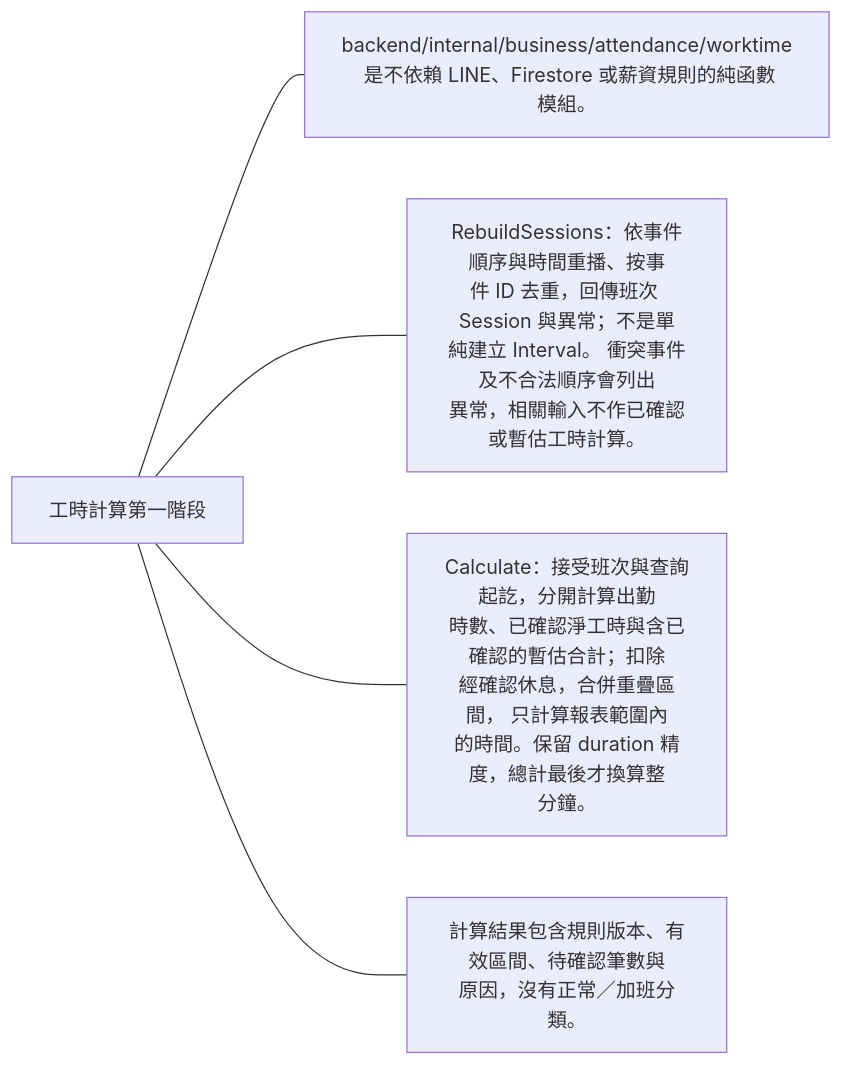
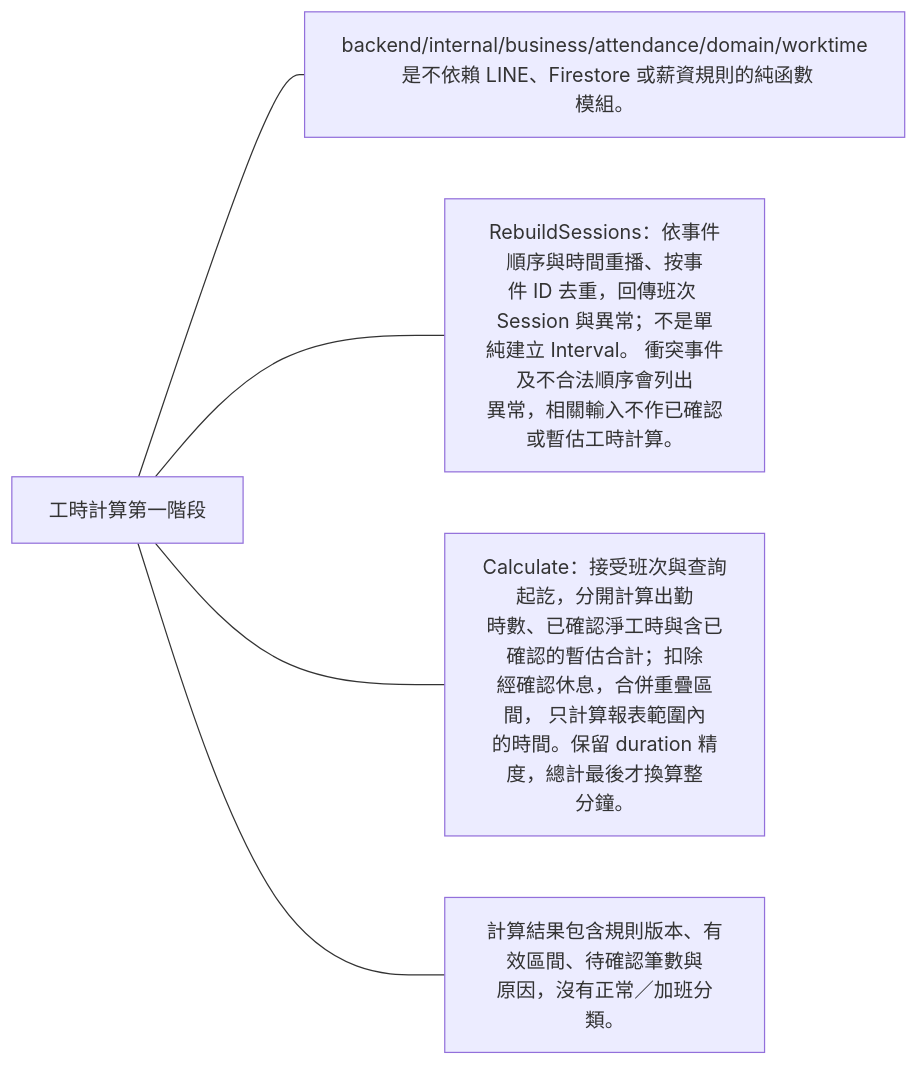
One commit to 963sup/line-mini-app-bot changed the first of 15 diagrams in docs/domains/attendance/worktime.md. Above: the diagram before and after it, drawn with Mermaid. The commit also changed 24 other files, not shown here.

First line of the commit message:
refactor(attendance): define the worktime domain boundary (#50)

````diff
--- a/docs/domains/attendance/worktime.md
+++ b/docs/domains/attendance/worktime.md
@@ -5,8 +5,8 @@
 ```mermaid
 flowchart LR
   h["工時計算第一階段"]
-  h --- n0["backend/internal/business/attendance/worktime<br/> 是不依賴 LINE、Firestore 或薪資規則的純函數<br/>模組。"]
+  h --- n0["backend/internal/business/attendance/domain/worktime<br/> 是不依賴 LINE、Firestore 或薪資規則的純函數<br/>模組。"]
   h --- n1["RebuildSessions：依事件順序與時間重播、按事<br/>件 ID 去重，回傳班次 Session 與異常；不是單<br/>純建立 Interval。 衝突事件及不合法順序會列出<br/>異常，相關輸入不作已確認或暫估工時計算。"]
   h --- n2["Calculate：接受班次與查詢起訖，分開計算出勤<br/>時數、已確認淨工時與含已確認的暫估合計；扣除<br/>經確認休息，合併重疊區間， 只計算報表範圍內<br/>的時間。保留 duration 精度，總計最後才換算整<br/>分鐘。"]
   h --- n3["計算結果包含規則版本、有效區間、待確認筆數與<br/>原因，沒有正常／加班分類。"]
 ```
````
